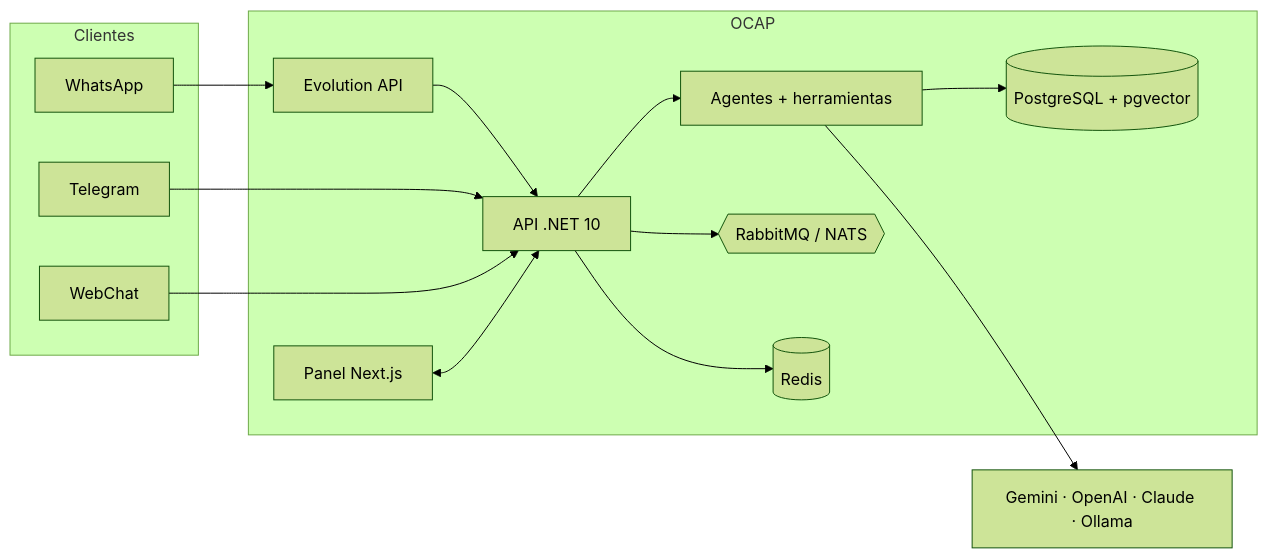
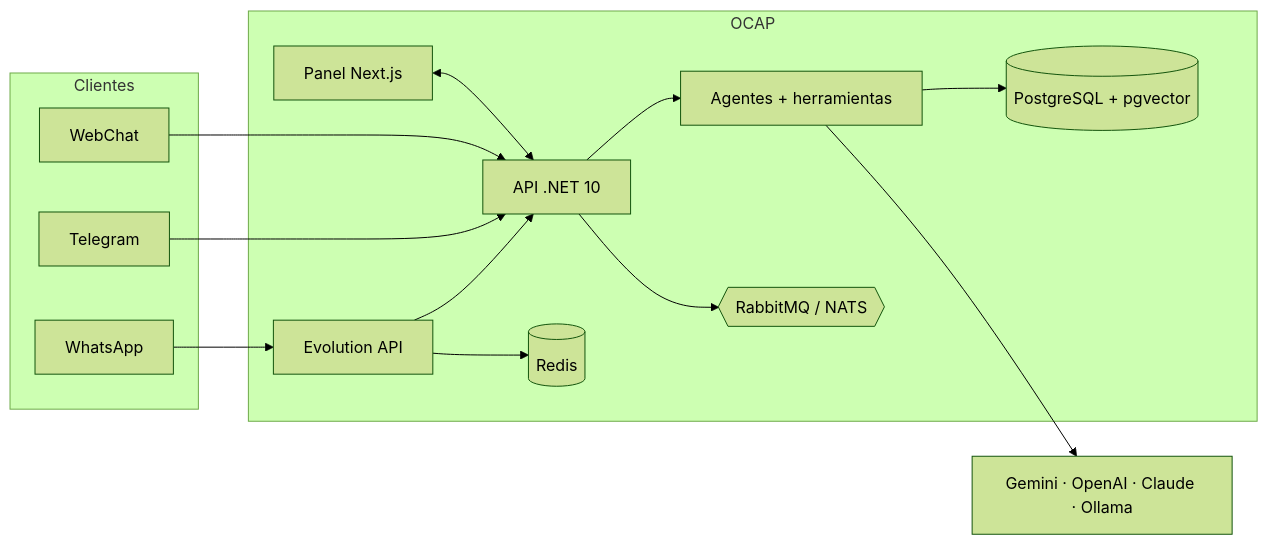
The diagram in README.md (Tomfmp2/OCAP-Open-Conversational-Automation-Platform), drawn with Mermaid (forest theme) before and after one commit. The commit also changed other lines of this file and 14 other files, not shown here.

````diff
--- a/README.md
+++ b/README.md
@@ -290,27 +290,27 @@
 ```mermaid
 flowchart LR
     subgraph Clientes
         WA[WhatsApp]
         TG[Telegram]
         WC[WebChat]
     end
     subgraph OCAP
         EVO[Evolution API]
         API[API .NET 10]
         UI[Panel Next.js]
         AG[Agentes + herramientas]
         KB[(PostgreSQL + pgvector)]
         BUS{{RabbitMQ / NATS}}
         R[(Redis)]
     end
     LLM[Gemini · OpenAI · Claude · Ollama]
 
     WA --> EVO --> API
     TG --> API
     WC --> API
     UI <--> API
     API --> AG --> LLM
     AG --> KB
     API --> BUS
-    API --> R
+    EVO --> R
 ```
````
